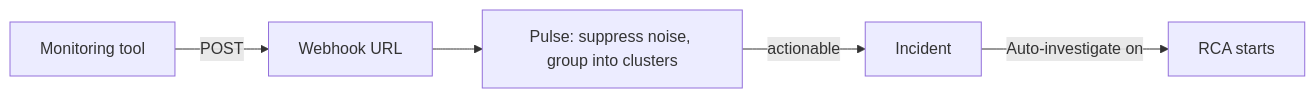
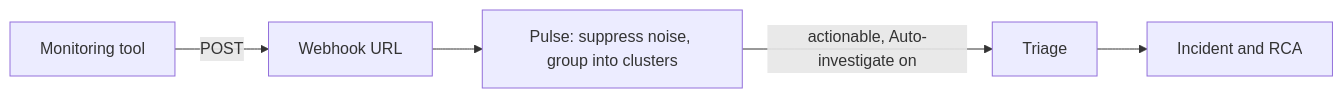
Before and after one commit to nhat-tranvan/docs: the diagram in guide/incident/webhook-integrations/overview.mdx, drawn with Mermaid. The commit also changed other lines of this file and 209 other files, not shown here.

````diff
--- a/guide/incident/webhook-integrations/overview.mdx
+++ b/guide/incident/webhook-integrations/overview.mdx
@@ -13,7 +13,7 @@
 ```mermaid
 flowchart LR
     A["Monitoring tool"] -->|POST| B["Webhook URL"]
     B --> C["Pulse: suppress noise, group into clusters"]
-    C -->|actionable| D["Incident"]
-    D -->|Auto-investigate on| E["RCA starts"]
+    C -->|"actionable, Auto-investigate on"| D["Triage"]
+    D --> E["Incident and RCA"]
 ```
````
